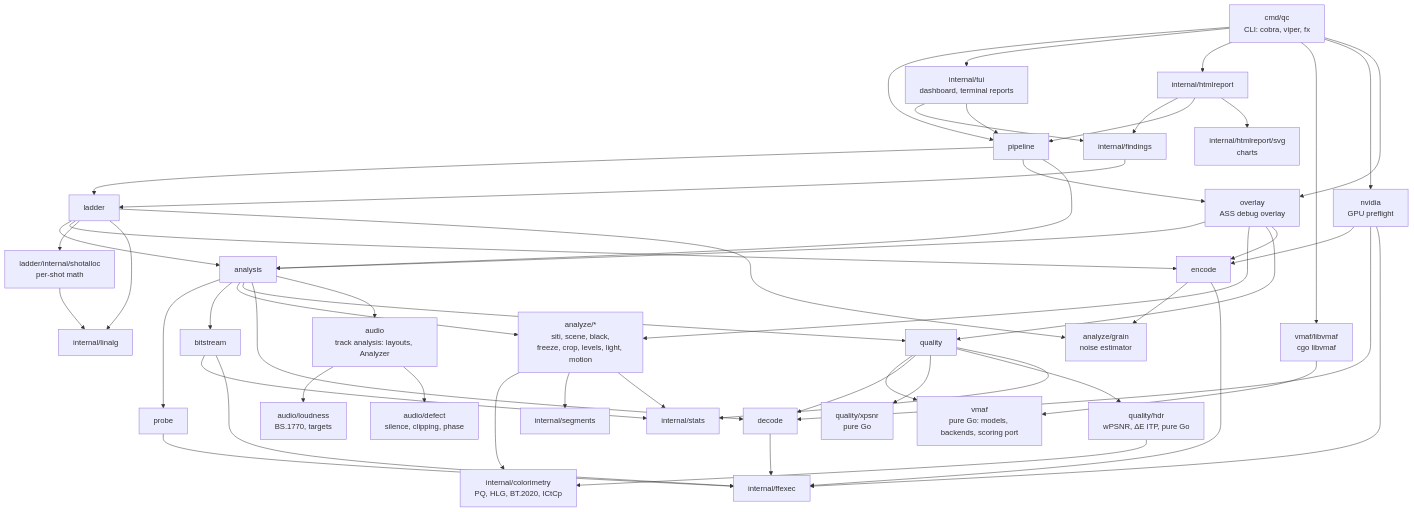
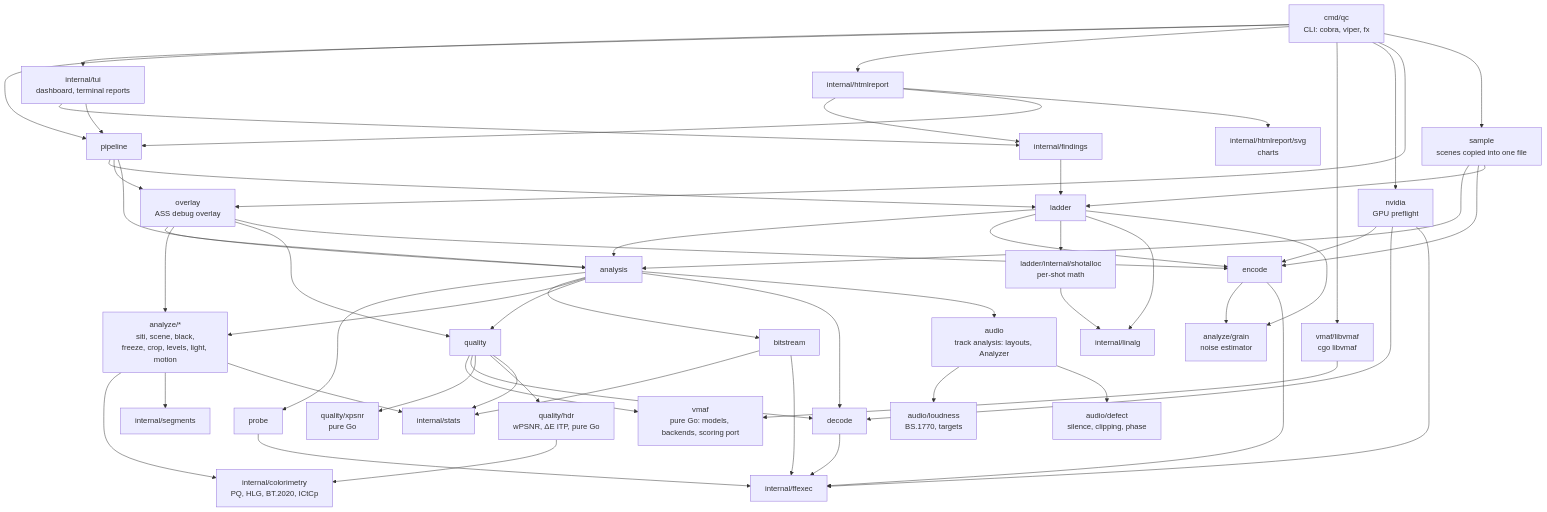
Before and after one commit to eko/qc: the diagram in docs/architecture.md, drawn with Mermaid. The commit also changed other lines of this file and 31 other files, not shown here.

````diff
--- a/docs/architecture.md
+++ b/docs/architecture.md
@@ -18,55 +18,59 @@
 ```mermaid
 flowchart TB
     cmd["cmd/qc<br/>CLI: cobra, viper, fx"] --> pipeline
     cmd --> tui["internal/tui<br/>dashboard, terminal reports"]
     cmd --> html["internal/htmlreport"]
     cmd --> libvmaf
     cmd --> nvidia["nvidia<br/>GPU preflight"]
     tui --> findings["internal/findings"]
     tui --> pipeline
     html --> findings
     html --> pipeline
     html --> svg["internal/htmlreport/svg<br/>charts"]
     findings --> ladder
     pipeline --> ladder
     pipeline --> overlay["overlay<br/>ASS debug overlay"]
     cmd --> overlay
     overlay --> analysis
     overlay --> analyze
     overlay --> quality
     overlay --> encode
     pipeline --> analysis
     ladder --> analysis
     ladder --> encode
+    cmd --> sample["sample<br/>scenes copied into one file"]
+    sample --> analysis
+    sample --> encode
+    sample --> ladder
     ladder --> shotalloc["ladder/internal/shotalloc<br/>per-shot math"]
     ladder --> linalg["internal/linalg"]
     shotalloc --> linalg
     ladder --> grain["analyze/grain<br/>noise estimator"]
     encode --> grain
     nvidia --> encode
     nvidia --> decode
     analysis --> probe
     analysis --> bitstream
     analysis --> analyze["analyze/*<br/>siti, scene, black,<br/>freeze, crop, levels, light, motion"]
     analyze --> colorimetry["internal/colorimetry<br/>PQ, HLG, BT.2020, ICtCp"]
     analysis --> quality
     analysis --> decode
     analysis --> audio["audio<br/>track analysis: layouts, Analyzer"]
     audio --> loudness["audio/loudness<br/>BS.1770, targets"]
     audio --> defect["audio/defect<br/>silence, clipping, phase"]
     quality --> vmaf["vmaf<br/>pure Go: models, backends, scoring port"]
     libvmaf["vmaf/libvmaf<br/>cgo libvmaf"] --> vmaf
     quality --> decode
     quality --> xpsnr["quality/xpsnr<br/>pure Go"]
     quality --> hdrq["quality/hdr<br/>wPSNR, ΔE ITP, pure Go"]
     hdrq --> colorimetry
     analyze --> segments["internal/segments"]
     analyze --> stats["internal/stats"]
     quality --> stats
     bitstream --> stats
     decode --> ffexec["internal/ffexec"]
     probe --> ffexec
     bitstream --> ffexec
     encode --> ffexec
     nvidia --> ffexec
 ```
````
